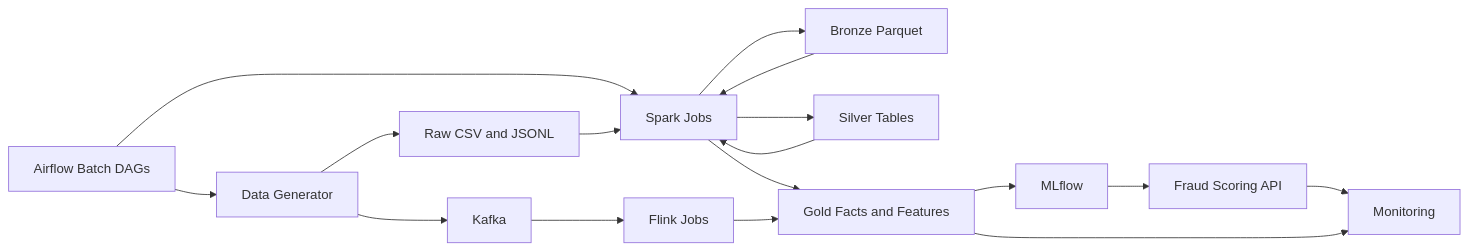
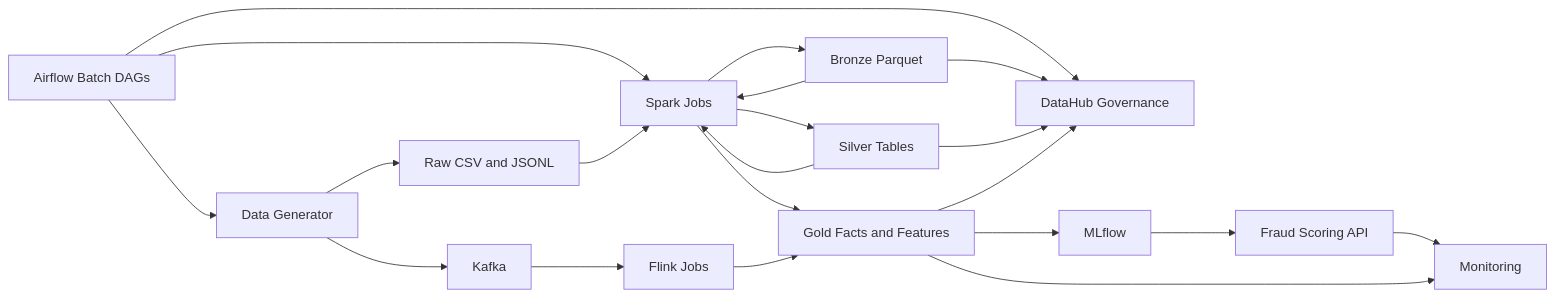
The diagram in README.md (hiendat04/fraudstream), drawn with Mermaid before and after one commit. The commit also changed other lines of this file and 28 other files, not shown here.

Commit message:
feat: add DataHub governance metadata publishing utilities and contracts

````diff
--- a/README.md
+++ b/README.md
@@ -45,34 +46,39 @@
 ```mermaid
 flowchart LR
     generator[Data Generator]
     airflow[Airflow Batch DAGs]
     raw[Raw CSV and JSONL]
     kafka[Kafka]
     spark[Spark Jobs]
     flink[Flink Jobs]
     bronze[Bronze Parquet]
     silver[Silver Tables]
     gold[Gold Facts and Features]
+    datahub[DataHub Governance]
     mlflow[MLflow]
     api[Fraud Scoring API]
     monitor[Monitoring]
 
     airflow --> generator
     airflow --> spark
     generator --> raw
     raw --> spark
     spark --> bronze
     bronze --> spark
     spark --> silver
     silver --> spark
     spark --> gold
+    airflow --> datahub
+    bronze --> datahub
+    silver --> datahub
+    gold --> datahub
 
     generator --> kafka
     kafka --> flink
     flink --> gold
 
     gold --> mlflow
     mlflow --> api
     api --> monitor
     gold --> monitor
 ```
````
